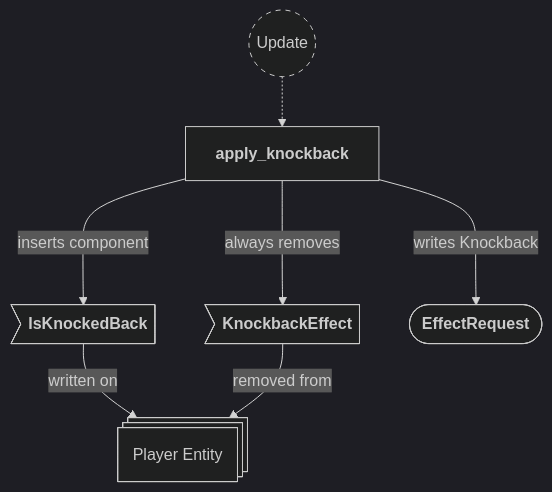
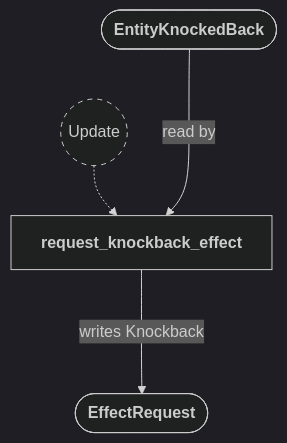
Before and after one commit to neurosoup/tyled: the first of 20 diagrams in backlog/docs/doc-10 - 008-Effects-plugin.md, drawn with Mermaid. The commit also changed other lines of this file and 8 other files, not shown here.

````diff
--- a/backlog/docs/doc-10 - 008-Effects-plugin.md
+++ b/backlog/docs/doc-10 - 008-Effects-plugin.md
@@ -300,27 +227,20 @@
 ```mermaid
 ---
 config:
   theme: dark
 ---
 
 flowchart TD
 classDef system-group stroke-dasharray: 5 5
 
 update(("`Update`")):::system-group
-apply_knockback["`**apply_knockback**`"]
+request_knockback_effect["`**request_knockback_effect**`"]
 
-update -.-> apply_knockback
+update -.-> request_knockback_effect
 
-player_entity@{ shape: st-rect, label: "Player Entity" }
-
-pe_is_knocked>"`**IsKnockedBack**`"]
-pe_knockback>"`**KnockbackEffect**`"]
+entity_knocked_back_message(["`**EntityKnockedBack**`"])
 effect_request(["`**EffectRequest**`"])
 
-pe_is_knocked --> |written on| player_entity
-pe_knockback --> |removed from| player_entity
-
-apply_knockback ---> |writes Knockback| effect_request
-apply_knockback ---> |inserts component| pe_is_knocked
-apply_knockback ---> |always removes| pe_knockback
+entity_knocked_back_message ---> |read by| request_knockback_effect
+request_knockback_effect ---> |writes Knockback| effect_request
 ```
````
